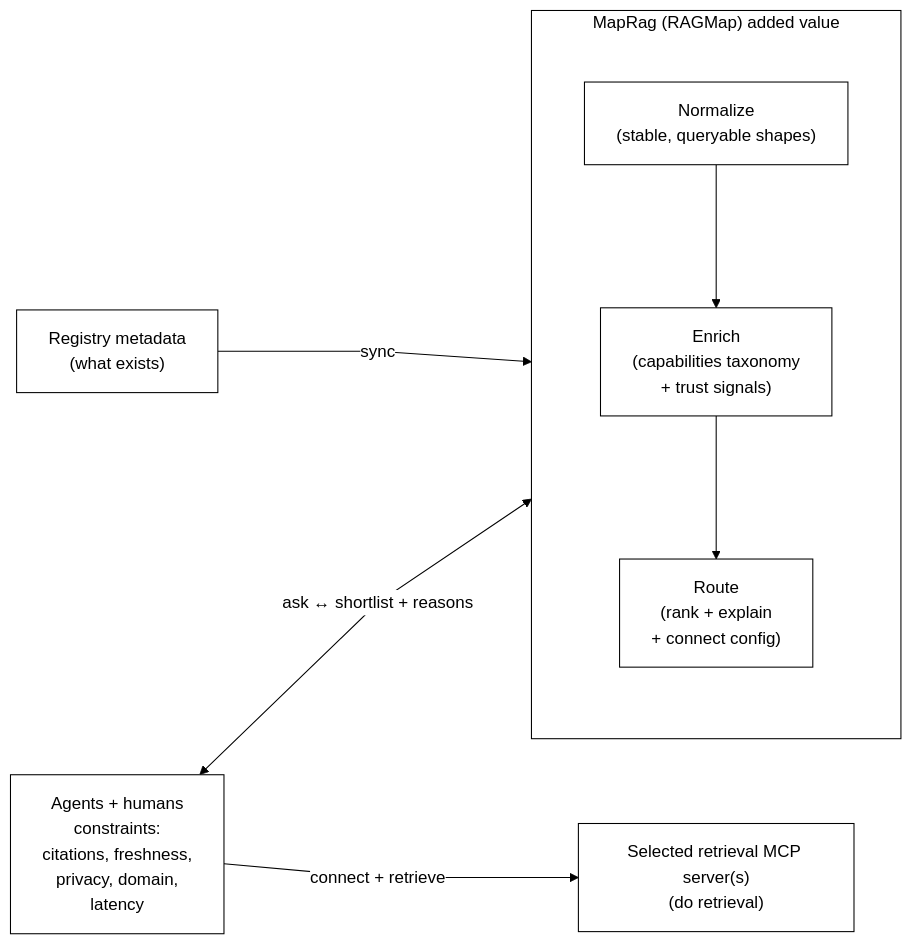
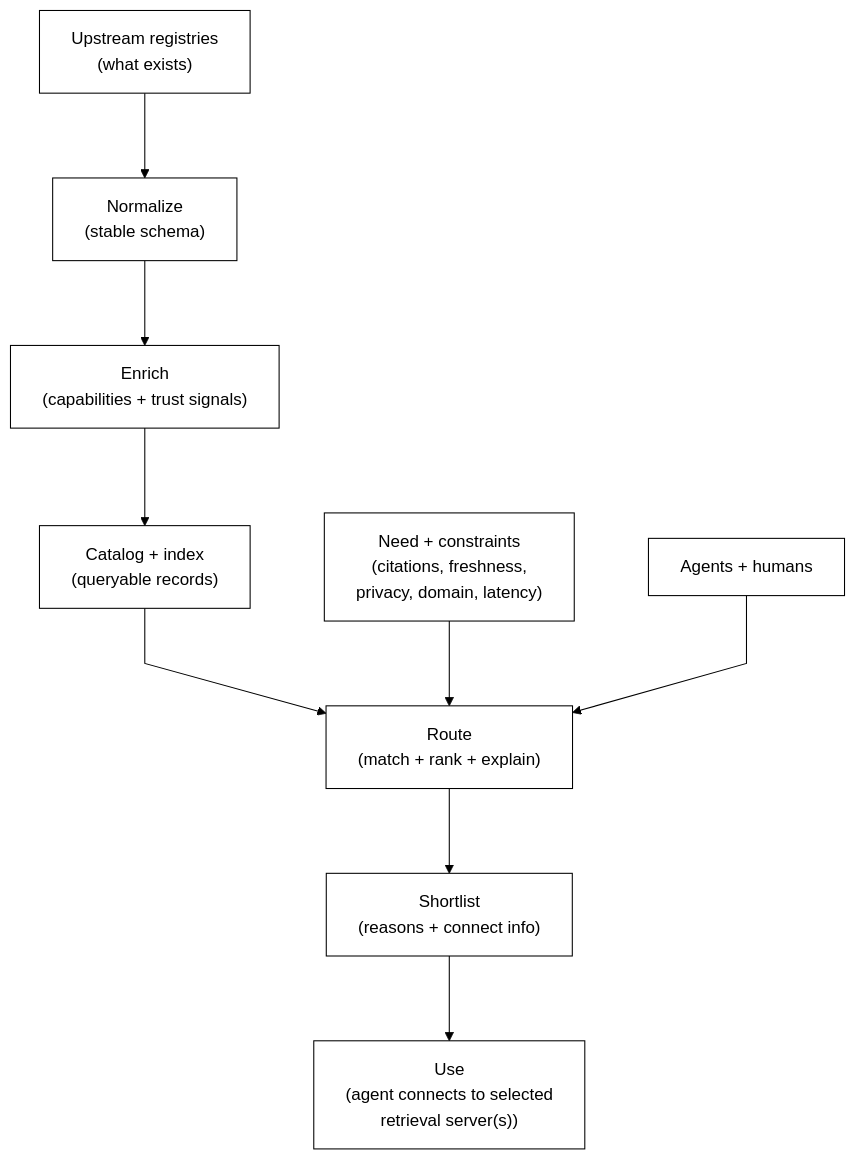
One commit to khalidsaidi/ragmap changed the diagram in docs/diagrams/ragmap-architecture.mmd. Above: the diagram before and after it, drawn with Mermaid. The commit also changed 2 other files, not shown here.

Commit message:
Make concept diagram vertical and value-focused

```diff
--- a/docs/diagrams/ragmap-architecture.mmd
+++ b/docs/diagrams/ragmap-architecture.mmd
@@ -1,21 +1,20 @@
-%%{init: {"theme":"base","themeVariables":{"primaryColor":"#ffffff","primaryTextColor":"#000000","primaryBorderColor":"#000000","lineColor":"#000000","secondaryColor":"#ffffff","tertiaryColor":"#ffffff","clusterBkg":"#ffffff","clusterBorder":"#000000","edgeLabelBackground":"#ffffff"},"flowchart":{"curve":"linear","nodeSpacing":80,"rankSpacing":110}}}%%
-flowchart LR
-  %% Concept-only diagram (shows "added value", not deployment or datastore)
+%%{init: {"theme":"base","themeVariables":{"primaryColor":"#ffffff","primaryTextColor":"#000000","primaryBorderColor":"#000000","lineColor":"#000000","secondaryColor":"#ffffff","tertiaryColor":"#ffffff","clusterBkg":"#ffffff","clusterBorder":"#000000","edgeLabelBackground":"#ffffff"},"flowchart":{"curve":"linear","nodeSpacing":70,"rankSpacing":80}}}%%
+flowchart TD
+  %% Concept-only diagram (shows value; no deployment/framework/datastore details)
 
   classDef mono fill:#ffffff,stroke:#000000,color:#000000,stroke-width:1px;
 
-  Sources["Registry metadata\n(what exists)"]:::mono
-  Users["Agents + humans\nconstraints:\ncitations, freshness,\nprivacy, domain,\nlatency"]:::mono
-  Retrieval["Selected retrieval MCP server(s)\n(do retrieval)"]:::mono
+  Sources["Upstream registries\n(what exists)"]:::mono
+  Normalize["Normalize\n(stable schema)"]:::mono
+  Enrich["Enrich\n(capabilities + trust signals)"]:::mono
+  Catalog["Catalog + index\n(queryable records)"]:::mono
+  Router["Route\n(match + rank + explain)"]:::mono
+  Output["Shortlist\n(reasons + connect info)"]:::mono
+  Use["Use\n(agent connects to selected\nretrieval server(s))"]:::mono
 
-  subgraph MR["MapRag (RAGMap) added value"]
-    direction TB
-    Normalize["Normalize\n(stable, queryable shapes)"]:::mono
-    Enrich["Enrich\n(capabilities taxonomy\n+ trust signals)"]:::mono
-    Route["Route\n(rank + explain\n+ connect config)"]:::mono
-    Normalize --> Enrich --> Route
-  end
+  Need["Need + constraints\n(citations, freshness,\nprivacy, domain, latency)"]:::mono
+  Consumers["Agents + humans"]:::mono
 
-  Sources -->|sync| Normalize
-  Users <-->|ask ↔ shortlist + reasons| Route
-  Users -->|connect + retrieve| Retrieval
+  Sources --> Normalize --> Enrich --> Catalog --> Router --> Output --> Use
+  Need --> Router
+  Consumers --> Router
```
